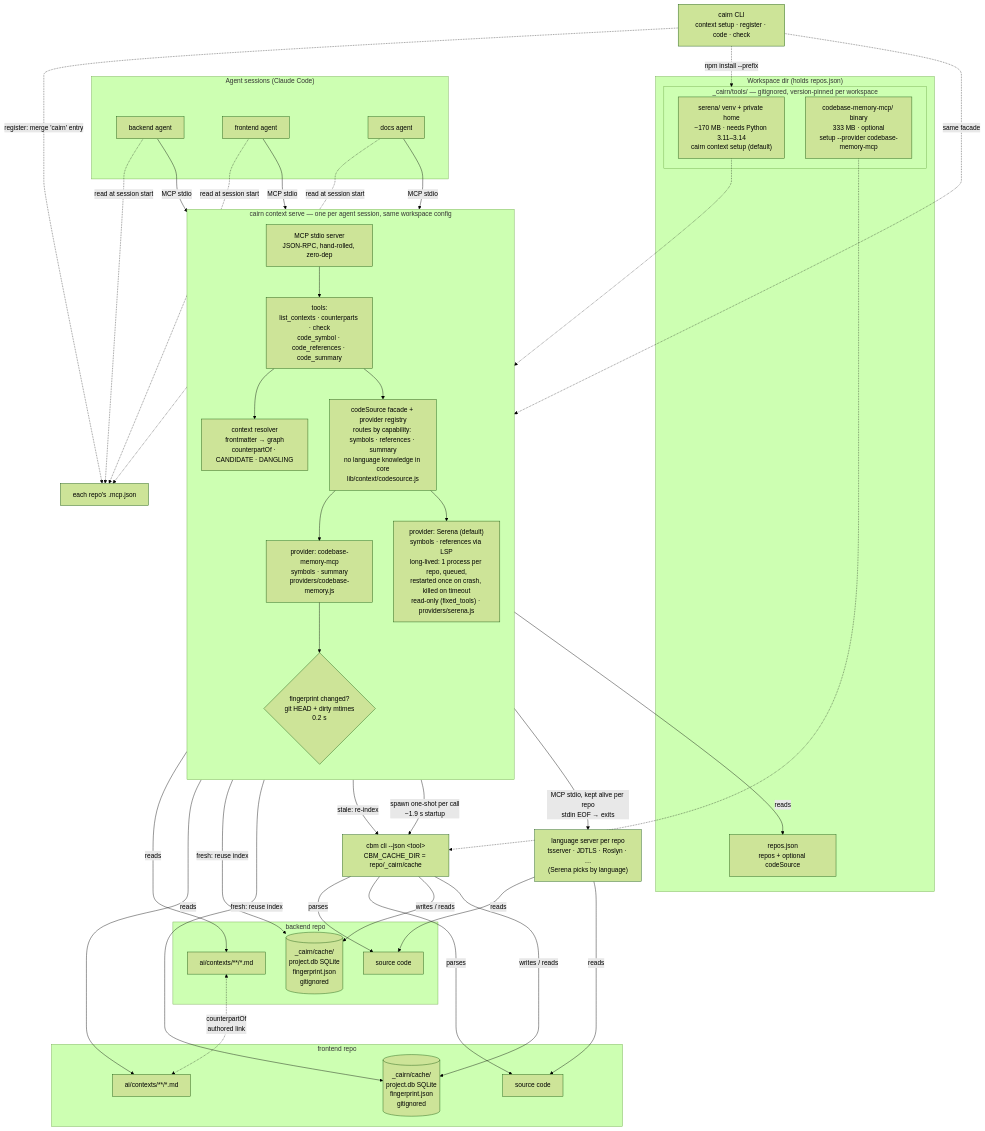
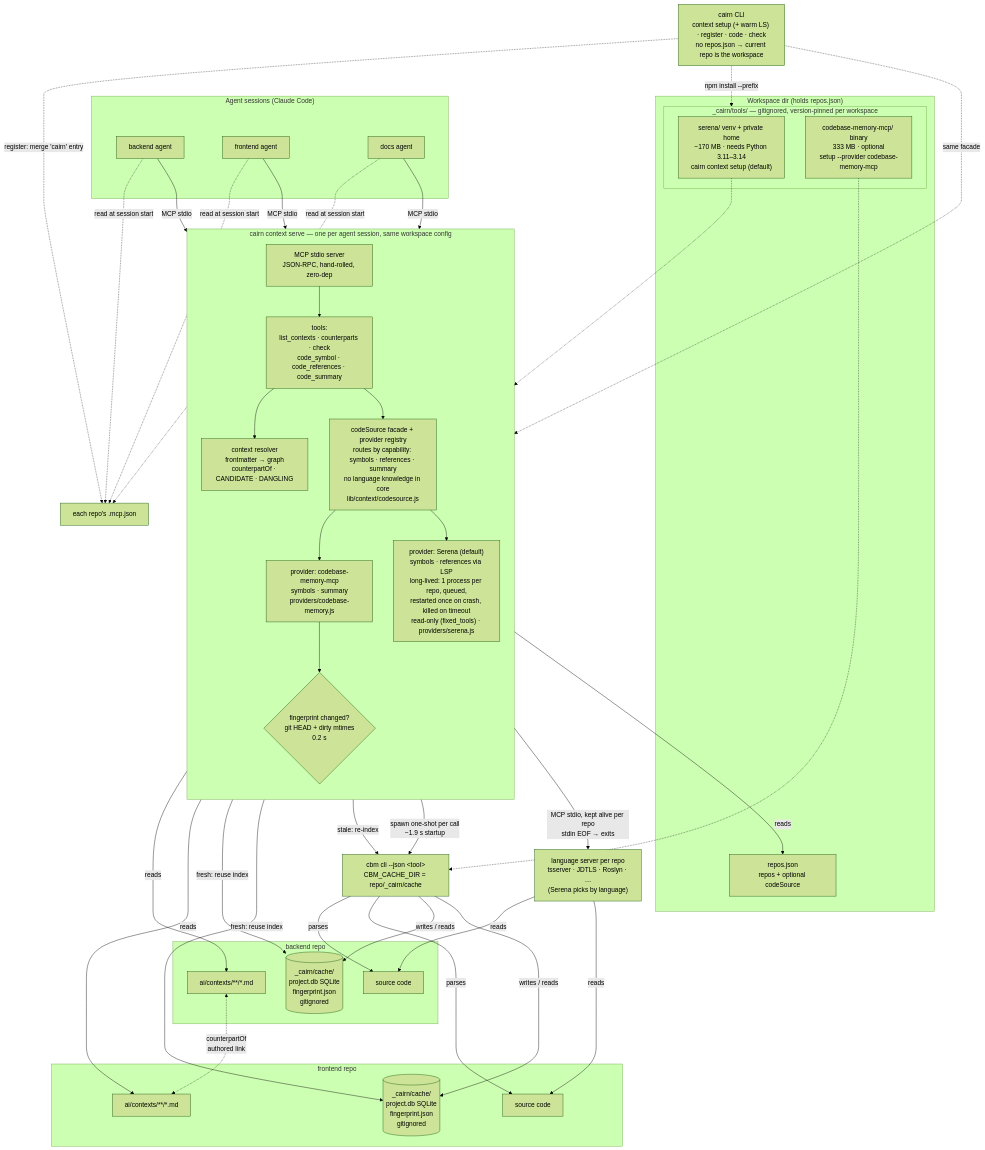
One commit to StonePandaStudio/cairn changed the diagram in infrastructure.mmd. Above: the diagram before and after it, drawn with Mermaid (forest theme). The commit also changed 5 other files, not shown here.

First line of the commit message:
Warm language servers in setup; single-repo workspace without repos.json

```diff
--- a/infrastructure.mmd
+++ b/infrastructure.mmd
@@ -1,64 +1,64 @@
 flowchart TB
     subgraph Agents["Agent sessions (Claude Code)"]
         A1["backend agent"]
         A2["frontend agent"]
         A3["docs agent"]
     end
 
     subgraph Serve["cairn context serve — one per agent session, same workspace config"]
         direction TB
         MCP["MCP stdio server<br/>JSON-RPC, hand-rolled, zero-dep"]
         TOOLS["tools:<br/>list_contexts · counterparts · check<br/>code_symbol · code_references · code_summary"]
         RES["context resolver<br/>frontmatter → graph<br/>counterpartOf · CANDIDATE · DANGLING"]
         CS["codeSource facade + provider registry<br/>routes by capability: symbols · references · summary<br/>no language knowledge in core<br/>lib/context/codesource.js"]
         PROV["provider: codebase-memory-mcp<br/>symbols · summary<br/>providers/codebase-memory.js"]
         SER["provider: Serena (default)<br/>symbols · references via LSP<br/>long-lived: 1 process per repo, queued,<br/>restarted once on crash, killed on timeout<br/>read-only (fixed_tools) · providers/serena.js"]
         GATE{"fingerprint changed?<br/>git HEAD + dirty mtimes<br/>0.2 s"}
         MCP --> TOOLS
         TOOLS --> RES
         TOOLS --> CS
         CS --> PROV
         CS --> SER
         PROV --> GATE
     end
 
     subgraph WS["Workspace dir (holds repos.json)"]
         CFG["repos.json<br/>repos + optional codeSource"]
         subgraph TOOLDIR["_cairn/tools/ — gitignored, version-pinned per workspace"]
             SBIN["serena/ venv + private home<br/>~170 MB · needs Python 3.11–3.14<br/>cairn context setup (default)"]
             BIN["codebase-memory-mcp/ binary<br/>333 MB · optional<br/>setup --provider codebase-memory-mcp"]
         end
     end
 
     subgraph R1["backend repo"]
         D1["ai/contexts/**/*.md"]
         S1["source code"]
         C1[("_cairn/cache/<br/>project.db SQLite<br/>fingerprint.json<br/>gitignored")]
     end
 
     subgraph R2["frontend repo"]
         D2["ai/contexts/**/*.md"]
         S2["source code"]
         C2[("_cairn/cache/<br/>project.db SQLite<br/>fingerprint.json<br/>gitignored")]
     end
 
     A1 & A2 & A3 -- "MCP stdio" --> MCP
 
     RES -- "reads" --> CFG
     RES -- "reads" --> D1 & D2
     D1 <-. "counterpartOf<br/>authored link" .-> D2
 
     GATE -- "fresh: reuse index" --> C1 & C2
     GATE -- "stale: re-index" --> ONE
     PROV -- "spawn one-shot per call<br/>~1.9 s startup" --> ONE["cbm cli --json &lt;tool&gt;<br/>CBM_CACHE_DIR = repo/_cairn/cache"]
     BIN -.-> ONE
     SBIN -.-> SER
     SER -- "MCP stdio, kept alive per repo<br/>stdin EOF → exits" --> LS["language server per repo<br/>tsserver · JDTLS · Roslyn · …<br/>(Serena picks by language)"]
     LS -- "reads" --> S1 & S2
     ONE -- "parses" --> S1 & S2
     ONE -- "writes / reads" --> C1 & C2
 
-    CLI["cairn CLI<br/>context setup · register · code · check"] -. "same facade" .-> CS
+    CLI["cairn CLI<br/>context setup (+ warm LS) · register · code · check<br/>no repos.json → current repo is the workspace"] -. "same facade" .-> CS
     CLI -. "npm install --prefix" .-> TOOLDIR
     CLI -. "register: merge 'cairn' entry" .-> MCPJ["each repo's .mcp.json"]
     A1 & A2 & A3 -. "read at session start" .-> MCPJ
```
